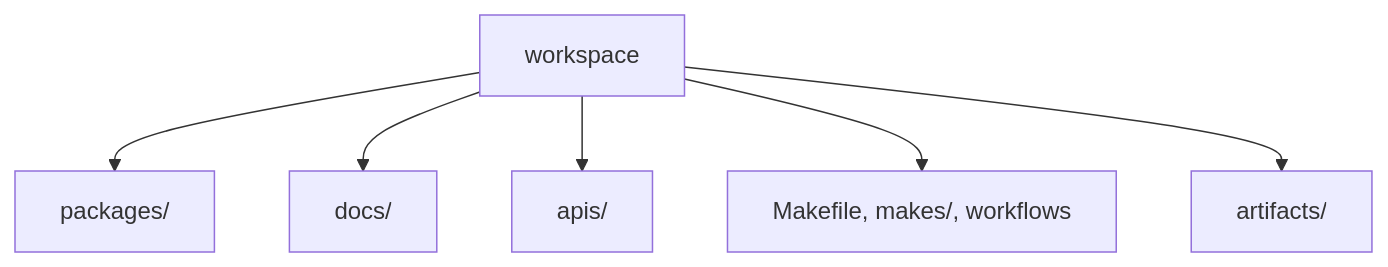
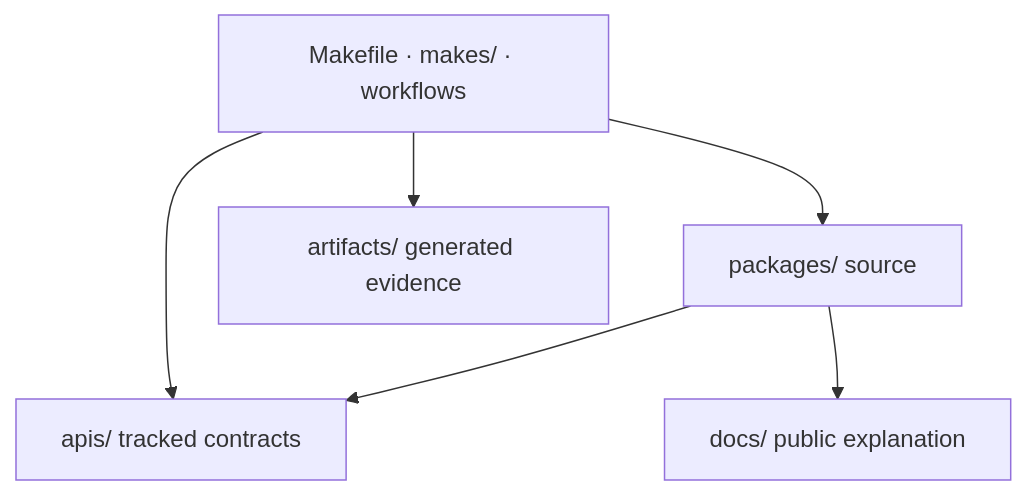
One commit to bijux/bijux-proteomics changed the diagram in docs/01-bijux-proteomics/foundation/workspace-layout.md. Above: the diagram before and after it, drawn with Mermaid. The commit also changed other lines of this file and 2 other files, not shown here.

Commit message:
docs(repository): define public ownership navigation

````diff
--- a/docs/01-bijux-proteomics/foundation/workspace-layout.md
+++ b/docs/01-bijux-proteomics/foundation/workspace-layout.md
@@ -19,15 +41,13 @@
 ```mermaid
-flowchart TB
-    workspace["workspace"]
-    packages["packages/"]
-    docs["docs/"]
-    apis["apis/"]
-    process["Makefile, makes/, workflows"]
-    artifacts["artifacts/"]
-
-    workspace --> packages
-    workspace --> docs
-    workspace --> apis
-    workspace --> process
-    workspace --> artifacts
+flowchart TD
+    source["packages/ source"]
+    contracts["apis/ tracked contracts"]
+    docs["docs/ public explanation"]
+    automation["Makefile · makes/ · workflows"]
+    output["artifacts/ generated evidence"]
+    source --> contracts
+    source --> docs
+    automation --> source
+    automation --> contracts
+    automation --> output
 ```
````
